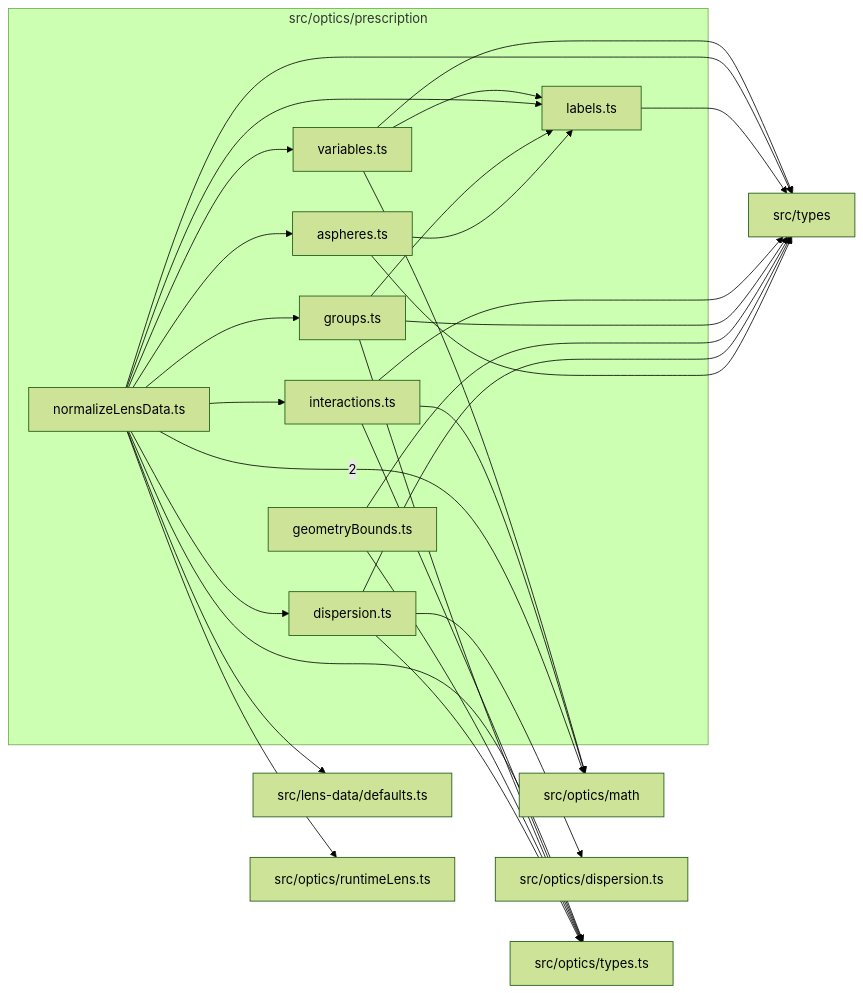
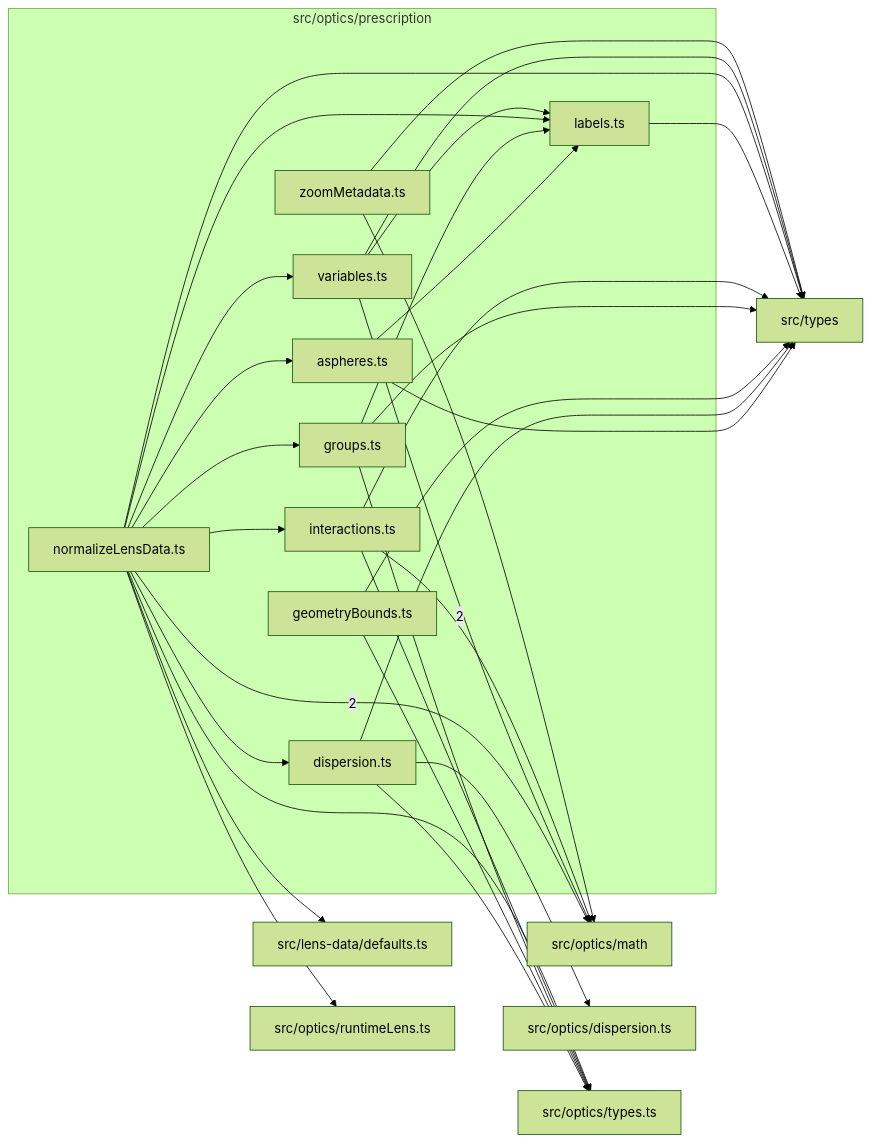
Before and after one commit to ronbuening/LensVisualizer: the diagram in src/optics/prescription/readme.md, drawn with Mermaid (forest theme). The commit also changed other lines of this file and 18 other files, not shown here.

````diff
--- a/src/optics/prescription/readme.md
+++ b/src/optics/prescription/readme.md
@@ -9,47 +9,50 @@
 ```mermaid
 flowchart LR
   subgraph n_src_optics_prescription["src/optics/prescription"]
     n_src_optics_prescription_src_optics_prescription_aspheres_ts["aspheres.ts"]
     n_src_optics_prescription_src_optics_prescription_dispersion_ts["dispersion.ts"]
     n_src_optics_prescription_src_optics_prescription_geometryBounds_ts["geometryBounds.ts"]
     n_src_optics_prescription_src_optics_prescription_groups_ts["groups.ts"]
     n_src_optics_prescription_src_optics_prescription_interactions_ts["interactions.ts"]
     n_src_optics_prescription_src_optics_prescription_labels_ts["labels.ts"]
     n_src_optics_prescription_src_optics_prescription_normalizeLensData_ts["normalizeLensData.ts"]
     n_src_optics_prescription_src_optics_prescription_variables_ts["variables.ts"]
+    n_src_optics_prescription_src_optics_prescription_zoomMetadata_ts["zoomMetadata.ts"]
   end
   n_external_src_optics_math["src/optics/math"]
   n_external_src_lens_data_defaults_ts["src/lens-data/defaults.ts"]
   n_external_src_optics_dispersion_ts["src/optics/dispersion.ts"]
   n_external_src_optics_runtimeLens_ts["src/optics/runtimeLens.ts"]
   n_external_src_optics_types_ts["src/optics/types.ts"]
   n_external_src_types["src/types"]
   n_src_optics_prescription_src_optics_prescription_normalizeLensData_ts --> |2| n_external_src_optics_math
+  n_src_optics_prescription_src_optics_prescription_variables_ts --> |2| n_external_src_optics_math
   n_src_optics_prescription_src_optics_prescription_normalizeLensData_ts --> n_external_src_lens_data_defaults_ts
   n_src_optics_prescription_src_optics_prescription_dispersion_ts --> n_external_src_optics_dispersion_ts
   n_src_optics_prescription_src_optics_prescription_interactions_ts --> n_external_src_optics_math
-  n_src_optics_prescription_src_optics_prescription_variables_ts --> n_external_src_optics_math
+  n_src_optics_prescription_src_optics_prescription_zoomMetadata_ts --> n_external_src_optics_math
   n_src_optics_prescription_src_optics_prescription_normalizeLensData_ts --> n_external_src_optics_runtimeLens_ts
   n_src_optics_prescription_src_optics_prescription_dispersion_ts --> n_external_src_optics_types_ts
   n_src_optics_prescription_src_optics_prescription_geometryBounds_ts --> n_external_src_optics_types_ts
   n_src_optics_prescription_src_optics_prescription_groups_ts --> n_external_src_optics_types_ts
   n_src_optics_prescription_src_optics_prescription_interactions_ts --> n_external_src_optics_types_ts
   n_src_optics_prescription_src_optics_prescription_normalizeLensData_ts --> n_external_src_optics_types_ts
   n_src_optics_prescription_src_optics_prescription_aspheres_ts --> n_external_src_types
   n_src_optics_prescription_src_optics_prescription_dispersion_ts --> n_external_src_types
   n_src_optics_prescription_src_optics_prescription_geometryBounds_ts --> n_external_src_types
   n_src_optics_prescription_src_optics_prescription_groups_ts --> n_external_src_types
   n_src_optics_prescription_src_optics_prescription_interactions_ts --> n_external_src_types
   n_src_optics_prescription_src_optics_prescription_labels_ts --> n_external_src_types
   n_src_optics_prescription_src_optics_prescription_normalizeLensData_ts --> n_external_src_types
   n_src_optics_prescription_src_optics_prescription_variables_ts --> n_external_src_types
+  n_src_optics_prescription_src_optics_prescription_zoomMetadata_ts --> n_external_src_types
   n_src_optics_prescription_src_optics_prescription_normalizeLensData_ts --> n_src_optics_prescription_src_optics_prescription_aspheres_ts
   n_src_optics_prescription_src_optics_prescription_normalizeLensData_ts --> n_src_optics_prescription_src_optics_prescription_dispersion_ts
   n_src_optics_prescription_src_optics_prescription_normalizeLensData_ts --> n_src_optics_prescription_src_optics_prescription_groups_ts
   n_src_optics_prescription_src_optics_prescription_normalizeLensData_ts --> n_src_optics_prescription_src_optics_prescription_interactions_ts
   n_src_optics_prescription_src_optics_prescription_aspheres_ts --> n_src_optics_prescription_src_optics_prescription_labels_ts
   n_src_optics_prescription_src_optics_prescription_groups_ts --> n_src_optics_prescription_src_optics_prescription_labels_ts
   n_src_optics_prescription_src_optics_prescription_normalizeLensData_ts --> n_src_optics_prescription_src_optics_prescription_labels_ts
   n_src_optics_prescription_src_optics_prescription_variables_ts --> n_src_optics_prescription_src_optics_prescription_labels_ts
   n_src_optics_prescription_src_optics_prescription_normalizeLensData_ts --> n_src_optics_prescription_src_optics_prescription_variables_ts
 ```
````
